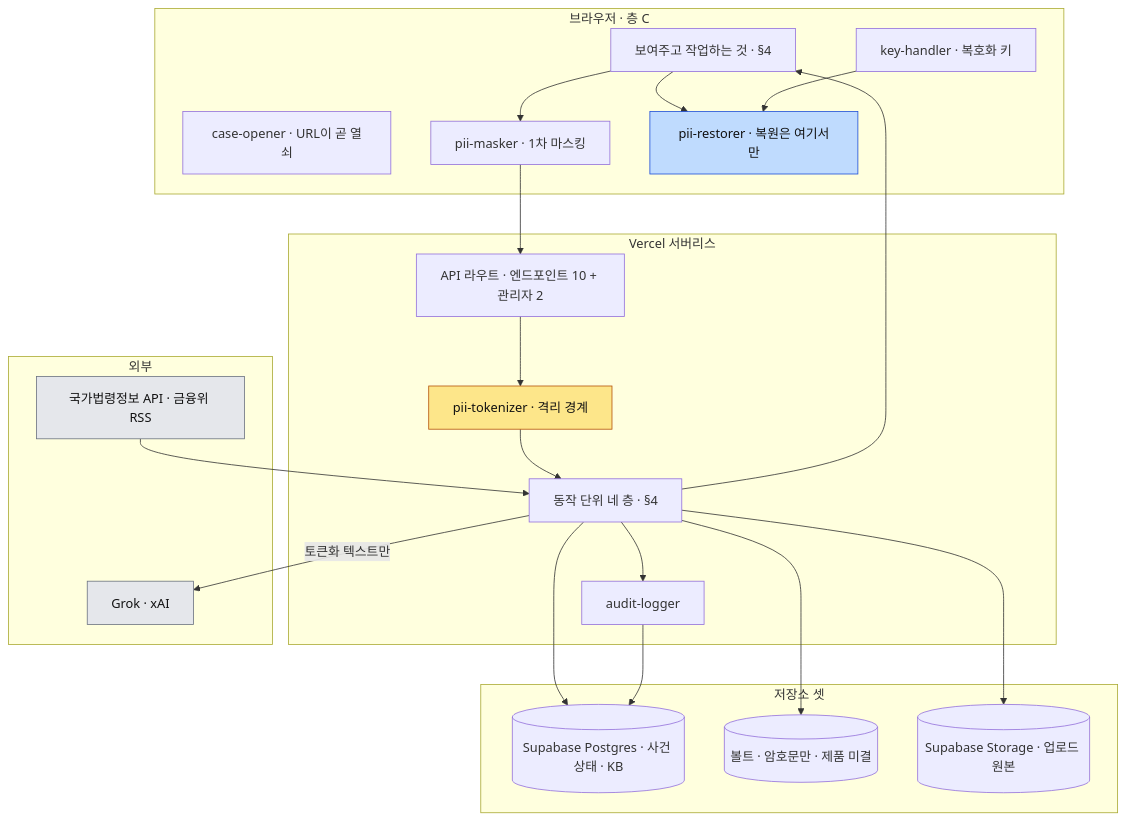
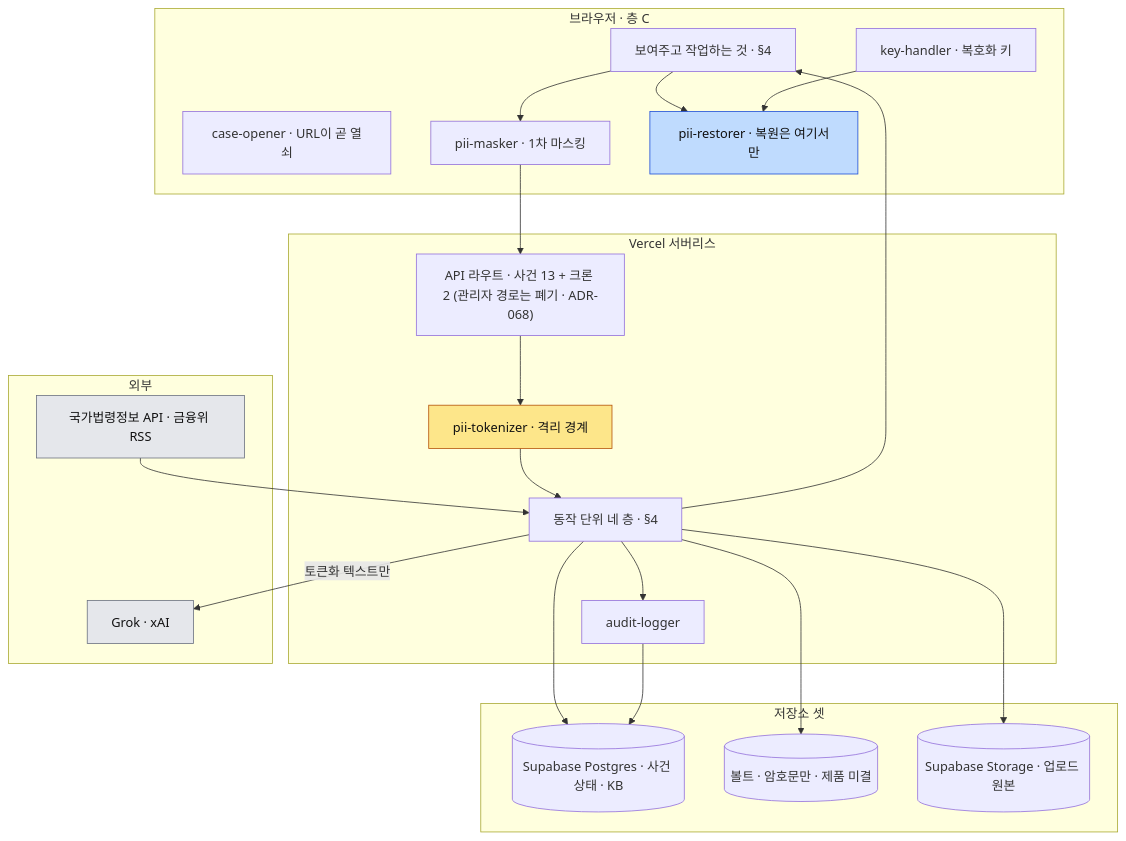
The first of 9 diagrams in ARCHITECTURE.md (Dojaegyum/fsec-ai-challenge), drawn with Mermaid before and after one commit. The commit also changed other lines of this file and 11 other files, not shown here.

First line of the commit message:
관리자 조회 화면을 만들지 않는다 — 계약 §5 폐기 · 설정 현황 줄 삭제 · 문지기는 그대로 (ADR-068)

````diff
--- a/ARCHITECTURE.md
+++ b/ARCHITECTURE.md
@@ -27,45 +27,45 @@
 ```mermaid
 flowchart TB
     subgraph CLIENT["브라우저 · 층 C"]
         OPEN["case-opener · URL이 곧 열쇠"]
         UI["보여주고 작업하는 것 · §4"]
         MASK["pii-masker · 1차 마스킹"]
         KEY["key-handler · 복호화 키"]
         REST["pii-restorer · 복원은 여기서만"]
     end
 
     subgraph SERVER["Vercel 서버리스"]
-        API["API 라우트 · 엔드포인트 10 + 관리자 2"]
+        API["API 라우트 · 사건 13 + 크론 2 (관리자 경로는 폐기 · ADR-068)"]
         BOUND["pii-tokenizer · 격리 경계"]
         CORE["동작 단위 네 층 · §4"]
         AUDIT["audit-logger"]
     end
 
     subgraph STORE["저장소 셋"]
         PG[("Supabase Postgres · 사건 상태 · KB")]
         KV[("볼트 · 암호문만 · 제품 미결")]
         BLOB[("Supabase Storage · 업로드 원본")]
     end
 
     subgraph EXT["외부"]
         GROK["Grok · xAI"]
         LAW["국가법령정보 API · 금융위 RSS"]
     end
 
     UI --> MASK --> API
     API --> BOUND --> CORE
     CORE --> PG
     CORE --> KV
     CORE --> BLOB
     CORE -- "토큰화 텍스트만" --> GROK
     CORE --> AUDIT --> PG
     CORE --> UI
     UI --> REST
     KEY --> REST
     LAW --> CORE
 
     style BOUND fill:#fde68a,stroke:#b45309,color:#111
     style REST fill:#bfdbfe,stroke:#1d4ed8,color:#111
     style GROK fill:#e5e7eb,stroke:#6b7280,color:#111
     style LAW fill:#e5e7eb,stroke:#6b7280,color:#111
 ```
````
